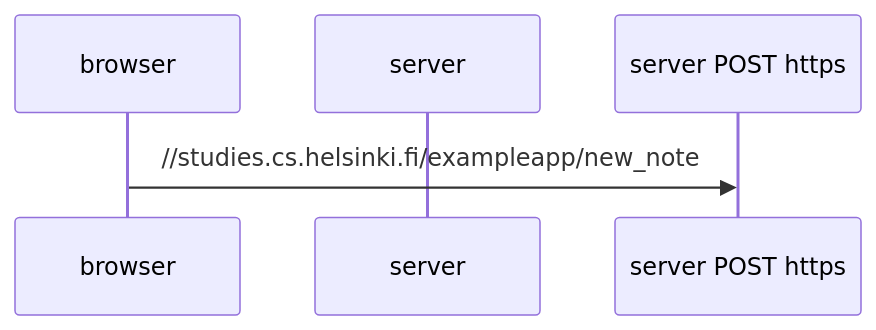
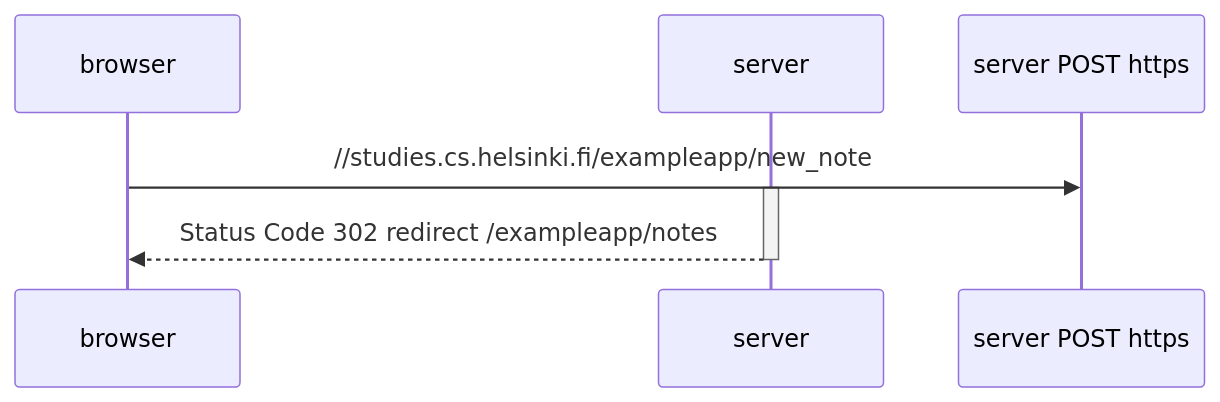
Before and after one commit to hiacarvalho/Fullstack: the diagram in 0.4_NewNoteDiagram.md, drawn with Mermaid.

````diff
--- a/0.4_NewNoteDiagram.md
+++ b/0.4_NewNoteDiagram.md
@@ -1,7 +1,10 @@
 ```mermaid
 sequenceDiagram
     participant browser
     participant server
+
     browser->>server POST https://studies.cs.helsinki.fi/exampleapp/new_note
     activate server
+    server-->>browser: Status Code 302 redirect /exampleapp/notes
+    deactivate server
 ```
````
